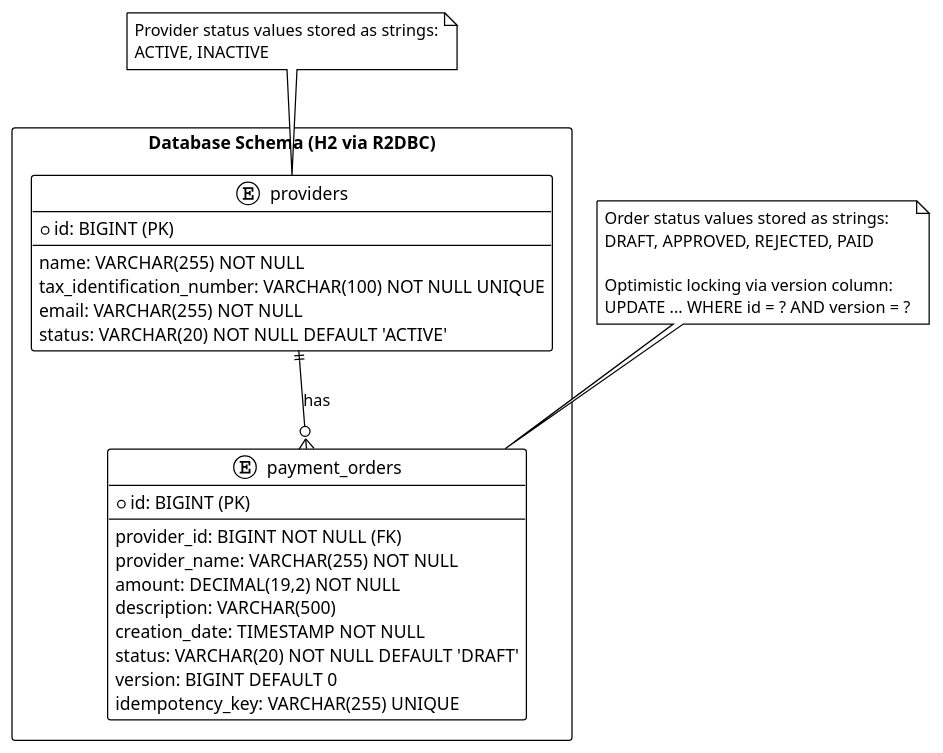
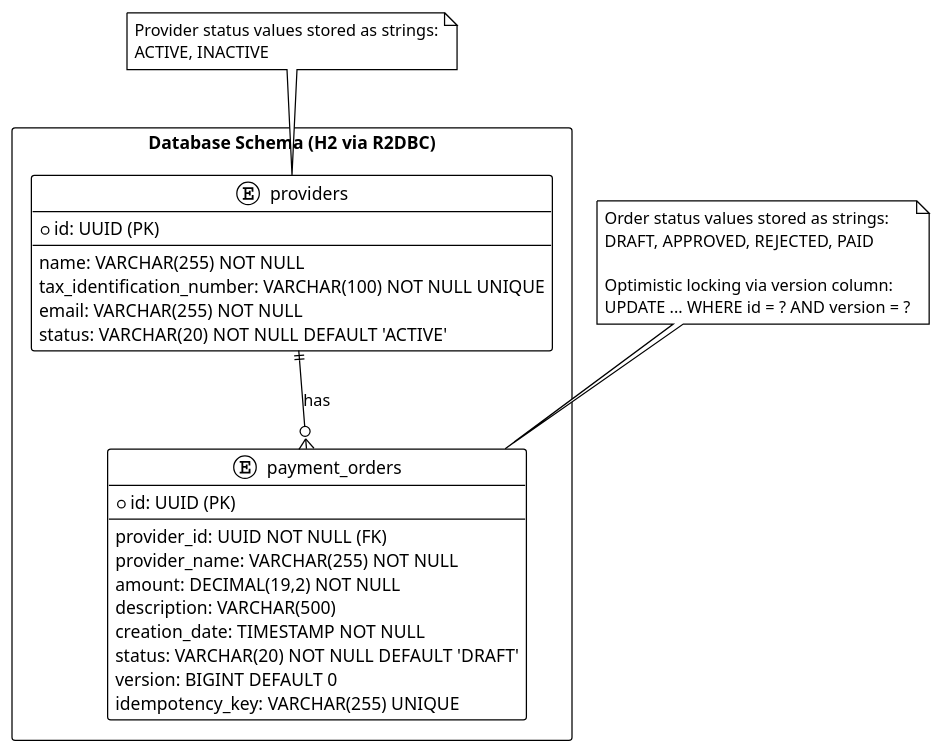
One commit to Jhusseth/ginko-payments changed the diagram in docs/entity-model.puml. Above: the diagram before and after it, drawn with PlantUML. The commit also changed 31 other files, not shown here.

```diff
--- a/docs/entity-model.puml
+++ b/docs/entity-model.puml
@@ -1,49 +1,49 @@
 @startuml
 !theme plain
 skinparam backgroundColor transparent
 skinparam entityBackgroundColor white
 skinparam entityBorderColor #0066cc
 
 ' Enable C4-like layout
 skinparam packageStyle rectangle
 
 package "Database Schema (H2 via R2DBC)" {
   entity "providers" as PROVIDERS {
-    + id: BIGINT (PK)
+    + id: UUID (PK)
     --
     name: VARCHAR(255) NOT NULL
     tax_identification_number: VARCHAR(100) NOT NULL UNIQUE
     email: VARCHAR(255) NOT NULL
     status: VARCHAR(20) NOT NULL DEFAULT 'ACTIVE'
   }
 
   entity "payment_orders" as PAYMENT_ORDERS {
-    + id: BIGINT (PK)
+    + id: UUID (PK)
     --
-    provider_id: BIGINT NOT NULL (FK)
+    provider_id: UUID NOT NULL (FK)
     provider_name: VARCHAR(255) NOT NULL
     amount: DECIMAL(19,2) NOT NULL
     description: VARCHAR(500)
     creation_date: TIMESTAMP NOT NULL
     status: VARCHAR(20) NOT NULL DEFAULT 'DRAFT'
     version: BIGINT DEFAULT 0
     idempotency_key: VARCHAR(255) UNIQUE
   }
 
   PROVIDERS ||--o{ PAYMENT_ORDERS : "has"
 }
 
 note top of PROVIDERS
   Provider status values stored as strings:
   ACTIVE, INACTIVE
 end note
 
 note top of PAYMENT_ORDERS
   Order status values stored as strings:
   DRAFT, APPROVED, REJECTED, PAID
 
   Optimistic locking via version column:
   UPDATE ... WHERE id = ? AND version = ?
 end note
 
 @enduml
```
